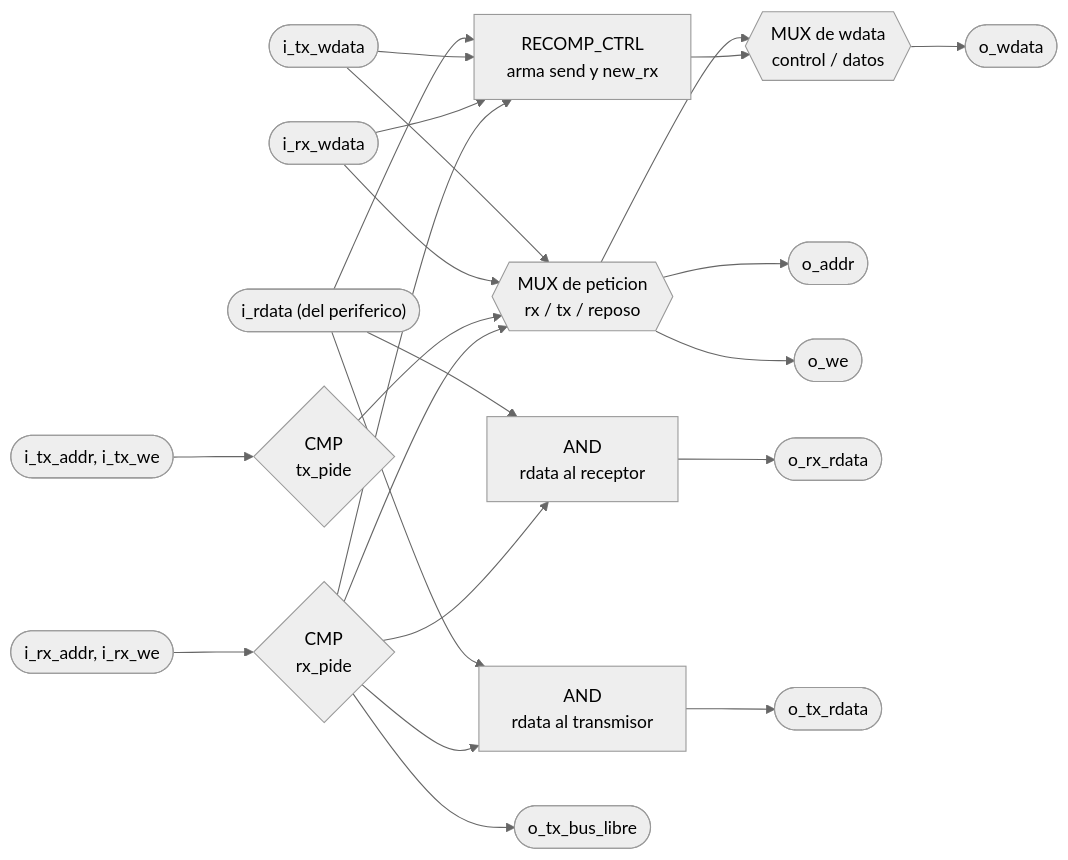
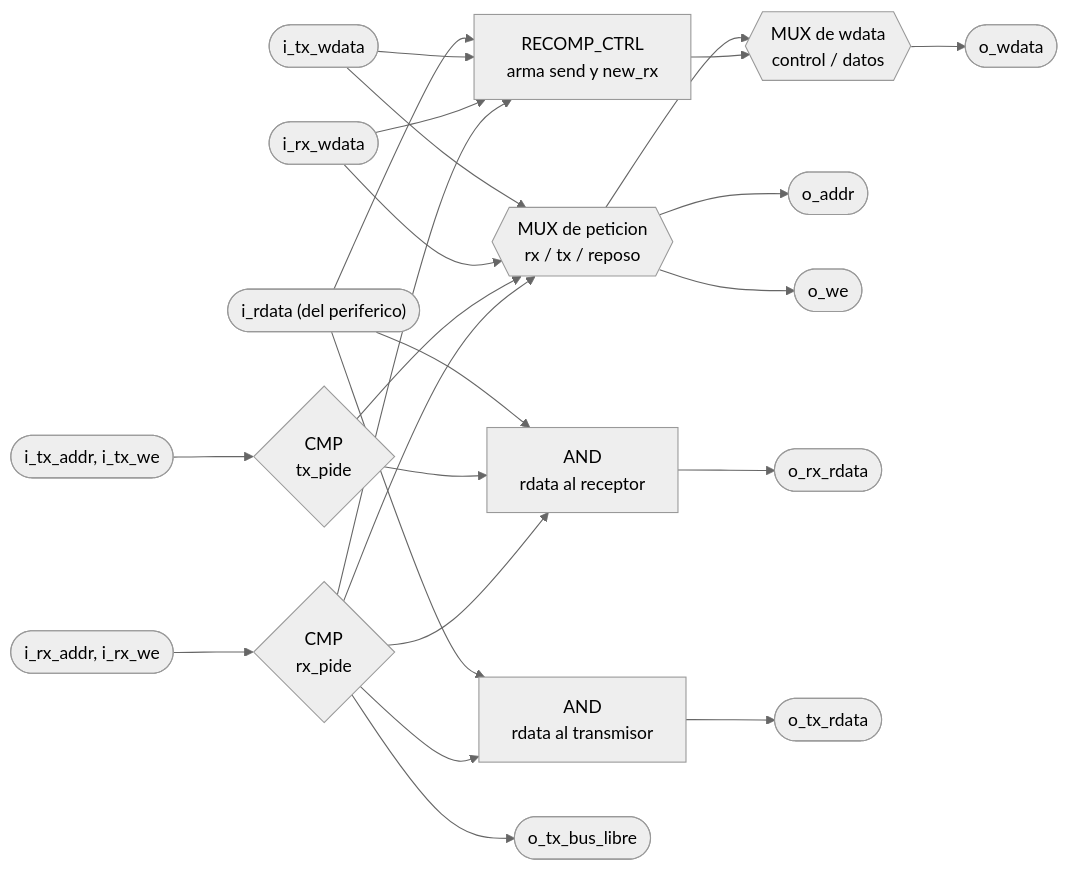
Before and after one commit to Taller-de-diseno-digital-GR01/Proyecto-2-Ahorcado: the second of 2 diagrams in docs/diseño/modulos/ARBITRO_UART.md, drawn with Mermaid (neutral theme). The commit also changed other lines of this file, not shown here.

````diff
--- a/docs/diseño/modulos/ARBITRO_UART.md
+++ b/docs/diseño/modulos/ARBITRO_UART.md
@@ -145,31 +166,32 @@
 ```mermaid
 flowchart LR
     RXA(["i_rx_addr, i_rx_we"]) --> CMP_RX{"CMP<br/>rx_pide"}
     TXA(["i_tx_addr, i_tx_we"]) --> CMP_TX{"CMP<br/>tx_pide"}
 
     CMP_RX --> MUX_BUS{{"MUX de peticion<br/>rx / tx / reposo"}}
     CMP_TX --> MUX_BUS
     RXW(["i_rx_wdata"]) --> MUX_BUS
     TXW(["i_tx_wdata"]) --> MUX_BUS
 
     CMP_RX --> COMP["RECOMP_CTRL<br/>arma send y new_rx"]
     RXW --> COMP
     TXW --> COMP
     RD(["i_rdata (del periferico)"]) --> COMP
 
     COMP --> MUX_WD{{"MUX de wdata<br/>control / datos"}}
     MUX_BUS --> MUX_WD
     MUX_WD --> OUT_WD(["o_wdata"])
     MUX_BUS --> OUT_ADDR(["o_addr"])
     MUX_BUS --> OUT_WE(["o_we"])
 
     CMP_RX --> GATE_RX["AND<br/>rdata al receptor"]
+    CMP_TX --> GATE_RX
     RD --> GATE_RX
     GATE_RX --> OUT_RXD(["o_rx_rdata"])
 
     CMP_RX --> GATE_TX["AND<br/>rdata al transmisor"]
     RD --> GATE_TX
     GATE_TX --> OUT_TXD(["o_tx_rdata"])
 
     CMP_RX --> OUT_LIBRE(["o_tx_bus_libre"])
 ```
````
